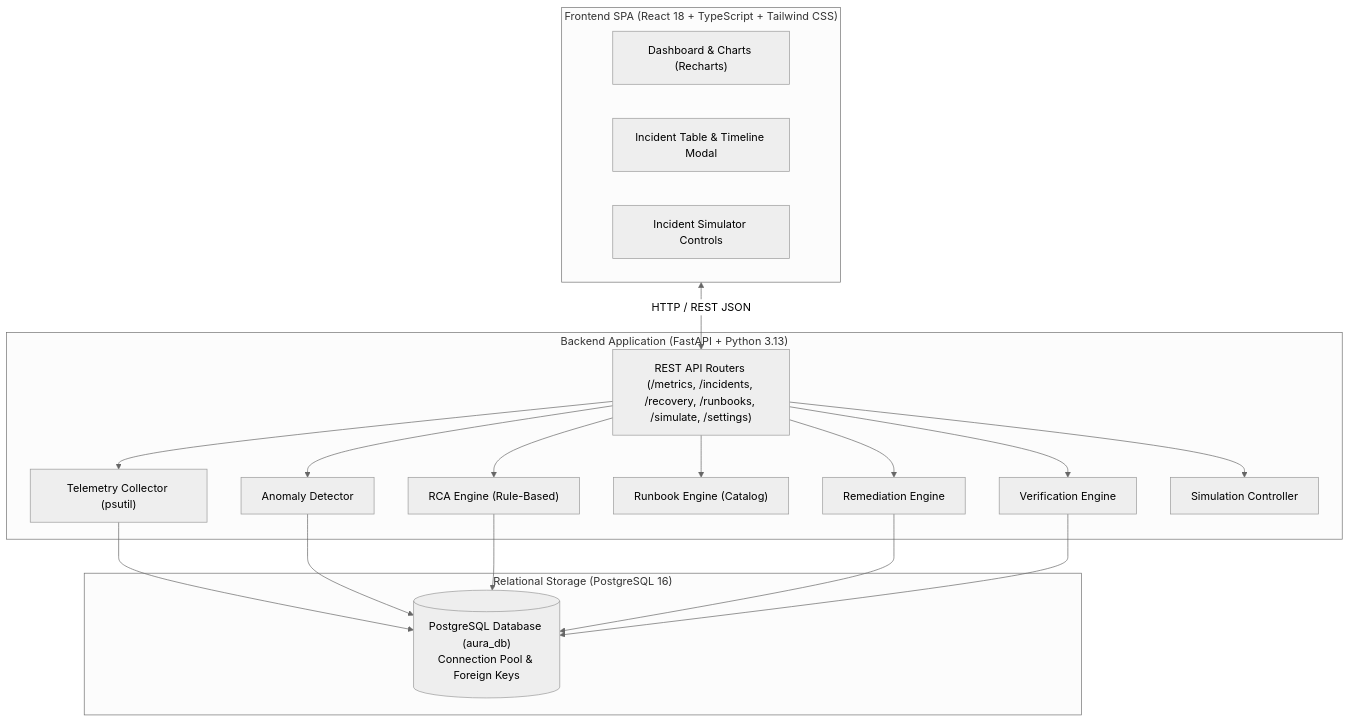
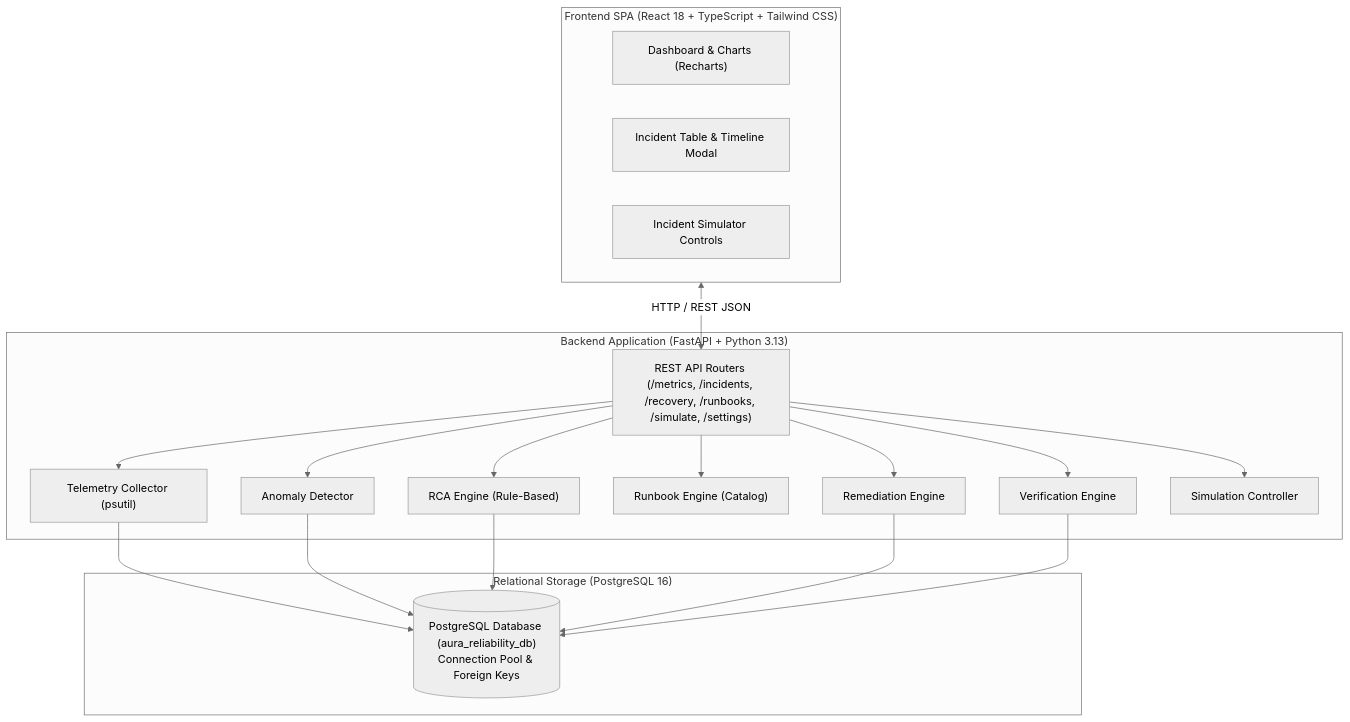
The diagram in README.md (vijaymadaeshwar/aura), drawn with Mermaid (neutral theme) before and after one commit. The commit also changed other lines of this file and 38 other files, not shown here.

````diff
--- a/README.md
+++ b/README.md
@@ -81,38 +81,38 @@
 ```mermaid
 flowchart TD
     subgraph Frontend ["Frontend SPA (React 18 + TypeScript + Tailwind CSS)"]
         DASH["Dashboard & Charts (Recharts)"]
         INC_UI["Incident Table & Timeline Modal"]
         SIM_UI["Incident Simulator Controls"]
     end
 
     subgraph Backend ["Backend Application (FastAPI + Python 3.13)"]
         API["REST API Routers (/metrics, /incidents, /recovery, /runbooks, /simulate, /settings)"]
         TEL["Telemetry Collector (psutil)"]
         DET["Anomaly Detector"]
         RCA["RCA Engine (Rule-Based)"]
         RUN["Runbook Engine (Catalog)"]
         REM["Remediation Engine"]
         VER["Verification Engine"]
         SIM["Simulation Controller"]
     end
 
     subgraph Storage ["Relational Storage (PostgreSQL 16)"]
-        DB[("PostgreSQL Database (aura_db)<br/>Connection Pool & Foreign Keys")]
+        DB[("PostgreSQL Database (aura_reliability_db)<br/>Connection Pool & Foreign Keys")]
     end
 
     Frontend <-->|HTTP / REST JSON| API
     API --> TEL
     API --> DET
     API --> RCA
     API --> RUN
     API --> REM
     API --> VER
     API --> SIM
 
     TEL --> DB
     DET --> DB
     RCA --> DB
     REM --> DB
     VER --> DB
 ```
````
